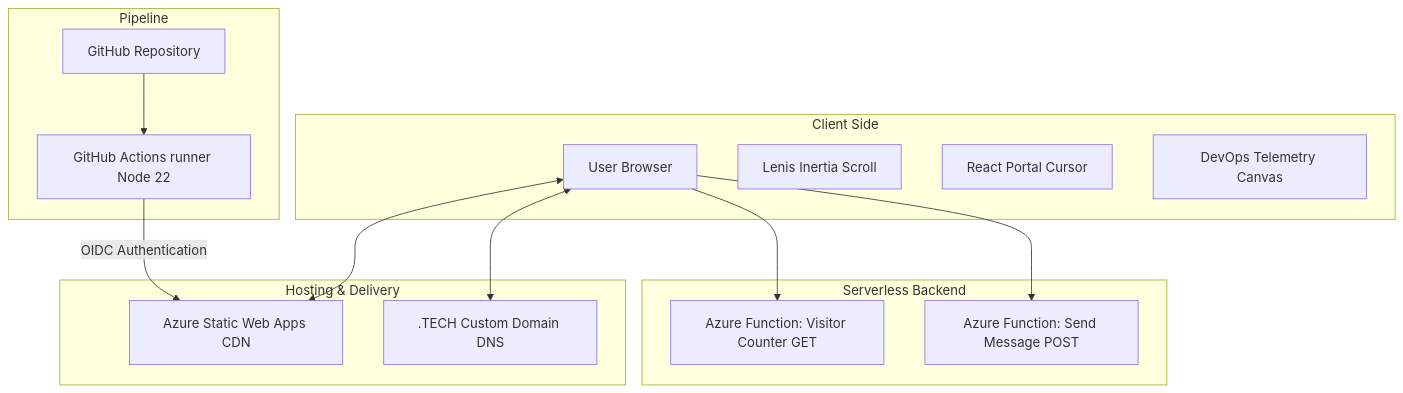
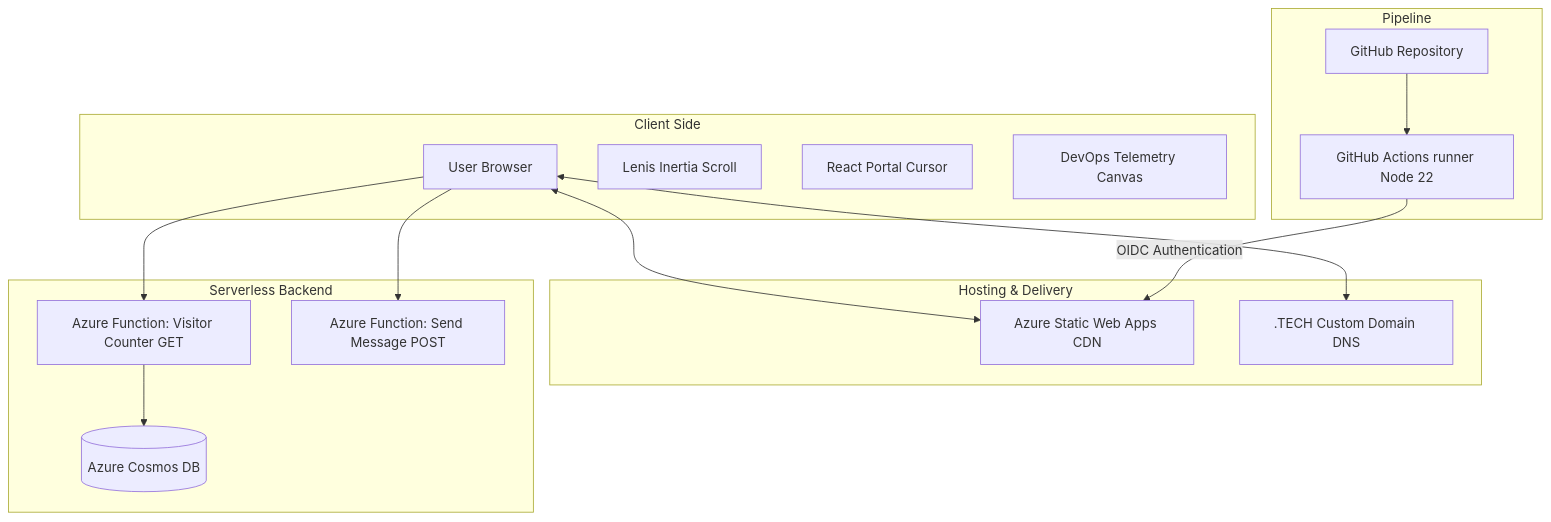
Before and after one commit to Sadev2003/portfolio: the diagram in README.md, drawn with Mermaid. The commit also changed other lines of this file, not shown here.

Commit message:
docs: add Azure Cosmos DB to architecture diagram and system overview

````diff
--- a/README.md
+++ b/README.md
@@ -13,32 +13,34 @@
 ```mermaid
 graph TD
     subgraph Client [Client Side]
         Browser[User Browser]
         Lenis[Lenis Inertia Scroll]
         PortalCursor[React Portal Cursor]
         CanvasBG[DevOps Telemetry Canvas]
     end
 
     subgraph CDN [Hosting & Delivery]
         SWA[Azure Static Web Apps CDN]
         DNS[.TECH Custom Domain DNS]
     end
 
     subgraph Functions [Serverless Backend]
         func_counter[Azure Function: Visitor Counter GET]
         func_email[Azure Function: Send Message POST]
+        CosmosDB[(Azure Cosmos DB)]
     end
 
     subgraph CI_CD [Pipeline]
         GH[GitHub Repository]
         GHA[GitHub Actions runner Node 22]
     end
 
     Browser <--> DNS
     Browser <--> SWA
     Browser --> func_counter
     Browser --> func_email
+    func_counter --> CosmosDB
     
     GH --> GHA
     GHA -->|OIDC Authentication| SWA
 ```
````
